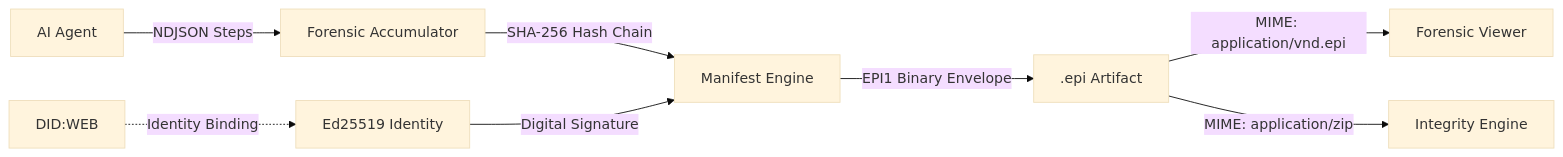
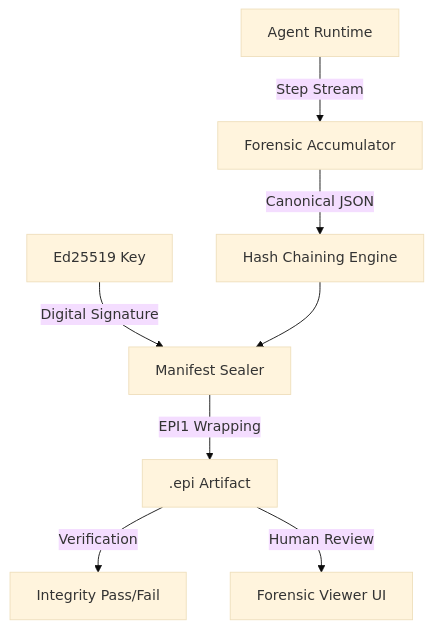
One commit to mohdibrahimaiml/EPI-RECORDER changed the diagram in README.md. Above: the diagram before and after it, drawn with Mermaid (base theme). The commit also changed other lines of this file, not shown here.

````diff
--- a/README.md
+++ b/README.md
@@ -85,10 +104,10 @@
 ```mermaid
-graph LR
-    A[AI Agent] -->|NDJSON Steps| B[Forensic Accumulator]
-    B -->|SHA-256 Hash Chain| C[Manifest Engine]
-    D[Ed25519 Identity] -->|Digital Signature| C
-    C -->|EPI1 Binary Envelope| E[.epi Artifact]
-    E -->|MIME: application/vnd.epi| F[Forensic Viewer]
-    E -->|MIME: application/zip| G[Integrity Engine]
-    H[DID:WEB] -.->|Identity Binding| D
+graph TD
+    A[Agent Runtime] -->|Step Stream| B[Forensic Accumulator]
+    B -->|Canonical JSON| C[Hash Chaining Engine]
+    D[Ed25519 Key] -->|Digital Signature| E[Manifest Sealer]
+    C --> E
+    E -->|EPI1 Wrapping| F[.epi Artifact]
+    F -->|Verification| G[Integrity Pass/Fail]
+    F -->|Human Review| H[Forensic Viewer UI]
 ```
````
